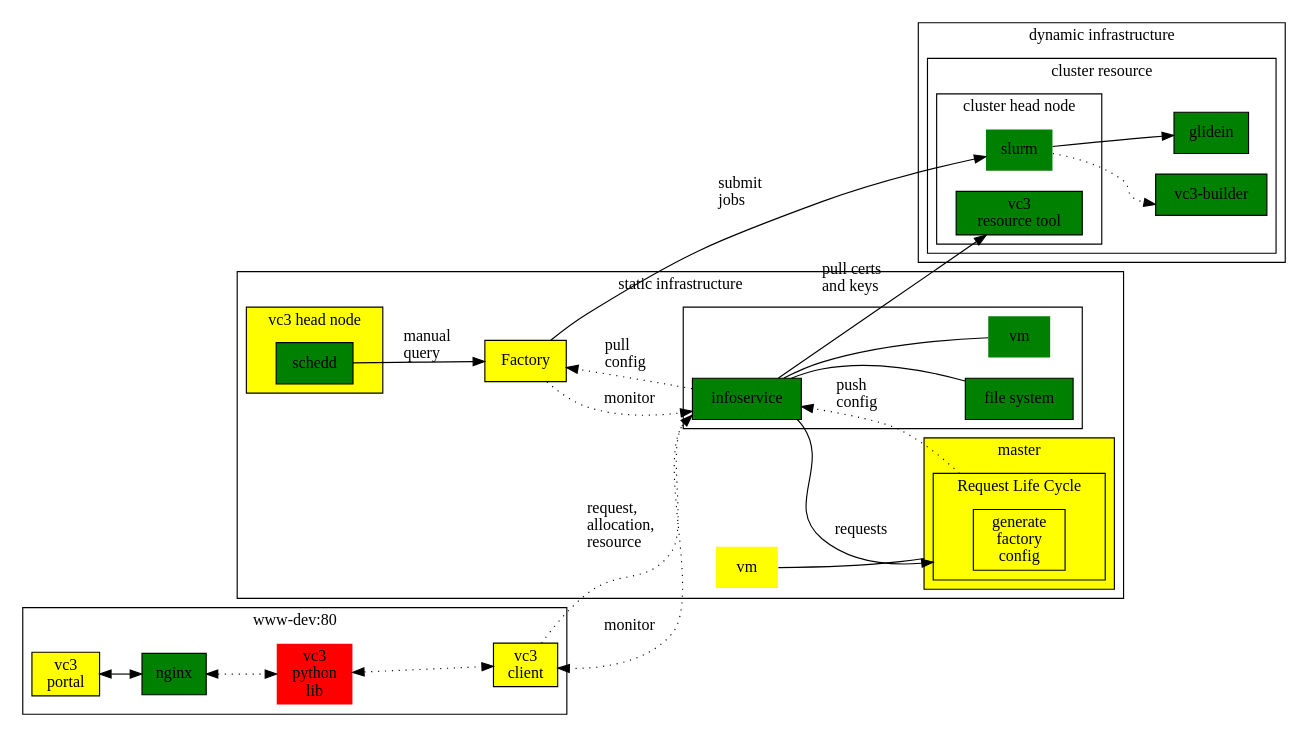
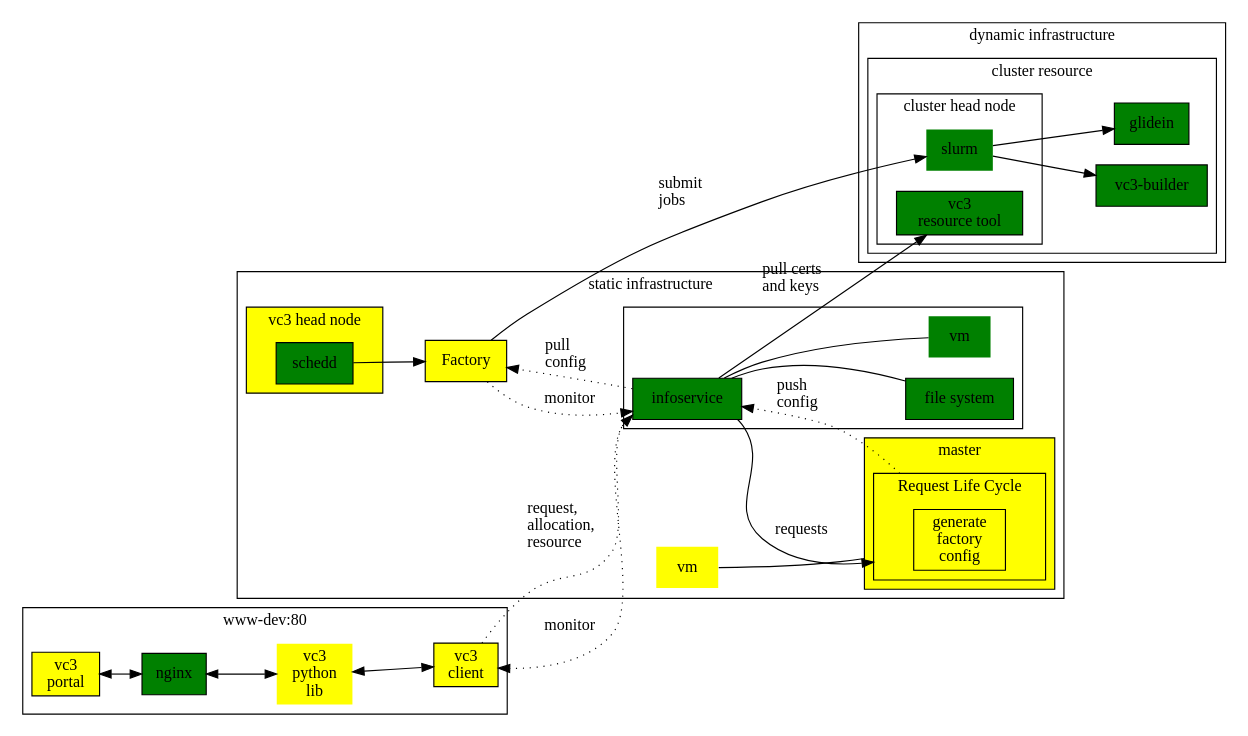
Before and after one commit to vc3-project/vc3-docs: the diagram in diagrams/all_semaphore_092017.dot, drawn with Graphviz.

Commit message:
updates after meeting

```diff
--- a/diagrams/all_semaphore_092017.dot
+++ b/diagrams/all_semaphore_092017.dot
@@ -1,101 +1,101 @@
 digraph vc3 {
     compound    = true;
     #concentrate = true;
     labelloc    = "tl";
     rankdir     = "LR";
 
     node [shape=box, style=filled];
 
 
     subgraph cluster_web {
         label = "www-dev:80";
 
         nginx         [fillcolor=green];
-        vc3lib_web    [label = "vc3\npython\nlib"][shape="none"][fillcolor = red];
+        vc3lib_web    [label = "vc3\npython\nlib"][shape="none"][fillcolor = yellow];
         vc3client_web [label = "vc3\nclient"][fillcolor = yellow];
 
         portal        [label = "vc3\nportal"][fillcolor = yellow];
 
-        nginx         -> vc3lib_web    [style = dotted][dir = both];
-        vc3lib_web    -> vc3client_web [style = dotted][dir = both];
+        nginx         -> vc3lib_web    [dir = both];
+        vc3lib_web    -> vc3client_web [dir = both];
 
         portal        -> nginx         [dir = both];
     }
 
     subgraph cluster_static {
         label = "static infrastructure";
 
         vmmaster     [label = "vm"][shape = none][fillcolor = yellow];
         apf          [label = "Factory"][fillcolor = yellow];
 
         subgraph cluster_infoservice {
             label     = "";
             infoservice  [fillcolor = green];
             fsinfo       [label="file system"][fillcolor = green];
             vminfo       [label = "vm"][shape = none][fillcolor = green];
 
             infoservice   -> vminfo     [dir = none];
             infoservice  -> fsinfo [dir = none];
         }
 
         subgraph cluster_headnode {
             style     = filled;
             fillcolor = yellow;
 
             label = "vc3 head node";
             
             schedd [ label = "schedd" ][ fillcolor = "green" ];
         }
 
         subgraph cluster_master {
             style     = filled;
             fillcolor = yellow;
 
             label = "master";
 
             subgraph cluster_request_lc
                 {
                     label = "Request Life Cycle";
                     fillcolor = yellow;
                     genconf [label = "generate\nfactory\nconfig"][fillcolor = yellow];
                 }
         }
 
         infoservice  -> genconf      [label = "\n\n\n\n\nrequests", lhead = cluster_request_lc];
         genconf      -> infoservice  [label = "push\lconfig\l", ltail = cluster_request_lc, style = dotted];
 
         infoservice  -> apf         [label = "\npull\lconfig\l"][style = dotted];
         apf          -> infoservice [label = "monitor"][style = dotted];
 
         vmmaster     -> genconf     [lhead = cluster_master][dir = none];
     }
 
     subgraph cluster_dynamic {
         label = "dynamic infrastructure";
 
         subgraph cluster_resource {
             label = "cluster resource";
 
             subgraph cluster_resource_head_node {
                 label = "cluster head node";
                 vc3resourcetool [label = "vc3\nresource tool"][fillcolor = green];
                 slurm           [shape = none][fillcolor = green];
             }
 
             vc3builder   [label = "vc3-builder"][fillcolor = green];
             glidein      [fillcolor = green];
 
+            slurm        -> vc3builder;
             slurm        -> glidein;
-            slurm        -> vc3builder  [style = dotted][label = "\n\n\n"];
         }
     }
 
     vc3client_web -> infoservice   [ label = "request,\lallocation,\lresource\l" ][style = dotted];
     infoservice   -> vc3client_web [ label = "\nmonitor" ][style = dotted];
 
     apf          -> slurm       [label = "\n\nsubmit\ljobs\l"];
 
-    schedd       -> apf         [label = "manual\lquery\l"];
+    schedd       -> apf;
 
     infoservice -> vc3resourcetool [label = "\n\n\npull certs\land keys\l"];
 }
```
